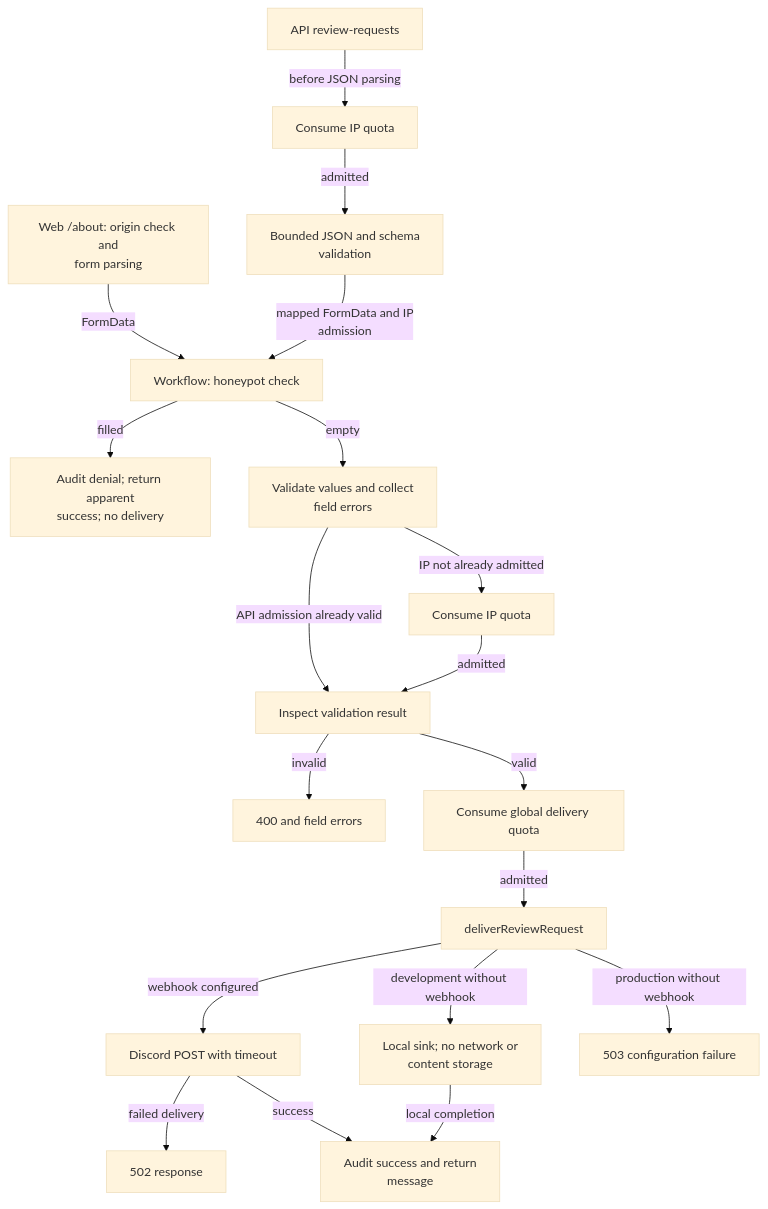
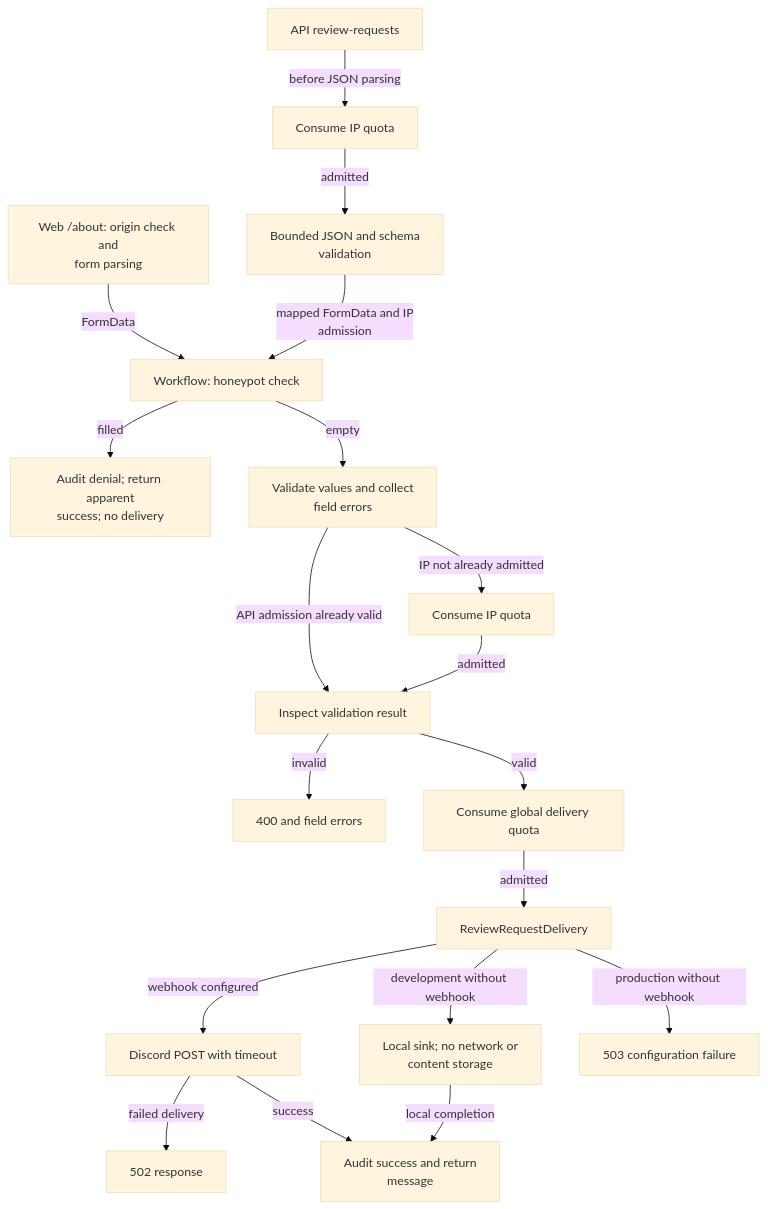
Before and after one commit to jonathan-lindqvist/enstorstarkreview: the diagram in src/lib/server/review-requests/README.md, drawn with Mermaid (base theme). The commit also changed other lines of this file and 21 other files, not shown here.

````diff
--- a/src/lib/server/review-requests/README.md
+++ b/src/lib/server/review-requests/README.md
@@ -10,21 +10,21 @@
 ```mermaid
 flowchart TD
     Web["Web /about: origin check and<br/>form parsing"] -->|"FormData"| Honey["Workflow: honeypot check"]
     API["API review-requests"] -->|"before JSON parsing"| Admission["Consume IP quota"]
     Admission -->|"admitted"| JSON["Bounded JSON and schema<br/>validation"]
     JSON -->|"mapped FormData and IP<br/>admission"| Honey
     Honey -->|"filled"| Quiet["Audit denial; return apparent<br/>success; no delivery"]
     Honey -->|"empty"| Validate["Validate values and collect<br/>field errors"]
     Validate -->|"IP not already admitted"| IP["Consume IP quota"]
     Validate -->|"API admission already valid"| Result["Inspect validation result"]
     IP -->|"admitted"| Result
     Result -->|"invalid"| Error["400 and field errors"]
     Result -->|"valid"| Global["Consume global delivery quota"]
-    Global -->|"admitted"| Delivery["deliverReviewRequest"]
+    Global -->|"admitted"| Delivery["ReviewRequestDelivery"]
     Delivery -->|"webhook configured"| Discord["Discord POST with timeout"]
     Delivery -->|"development without webhook"| Sink["Local sink; no network or<br/>content storage"]
     Delivery -->|"production without webhook"| Config["503 configuration failure"]
     Discord -->|"failed delivery"| Failure["502 response"]
     Discord -->|"success"| Success["Audit success and return<br/>message"]
     Sink -->|"local completion"| Success
 ```
````
